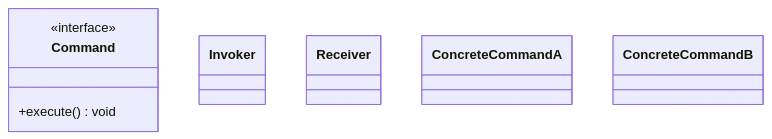
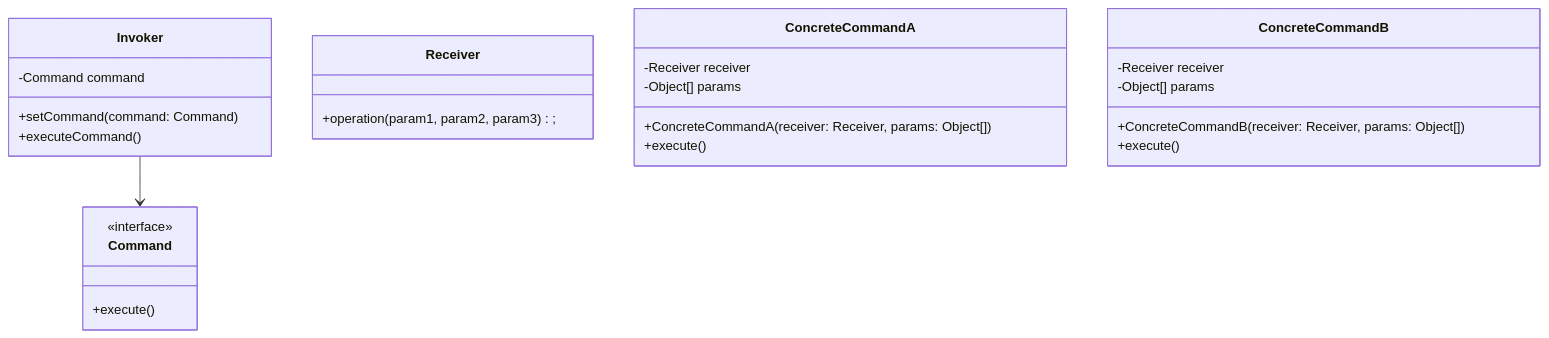
One commit to zhonghongfly/CodeGuide changed the diagram in content/posts/design-pattern/behavioral/design-pattern-behavioral-command/index.zh-cn.md. Above: the diagram before and after it, drawn with Mermaid.

Commit message:
命令模式

```diff
--- a/content/posts/design-pattern/behavioral/design-pattern-behavioral-command/index.zh-cn.md
+++ b/content/posts/design-pattern/behavioral/design-pattern-behavioral-command/index.zh-cn.md
@@ -24,23 +24,35 @@
 {{< mermaid >}}
 classDiagram
   class Command {
     <<interface>>
-    +execute() void
+    +execute()
   }
 
   class Invoker {
-
+    -Command command
+    +setCommand(command: Command)
+    +executeCommand()
   }
+  Invoker --> Command
 
   class Receiver {
-
+    +operation(param1, param2, param3);
   }
 
   class ConcreteCommandA {
-
+    -Receiver receiver
+    -Object[] params
+    +ConcreteCommandA(receiver: Receiver, params: Object[])
+    +execute()
   }
 
   class ConcreteCommandB {
+    -Receiver receiver
+    -Object[] params
+    +ConcreteCommandB(receiver: Receiver, params: Object[])
+    +execute()
+  }
 
-  }
+  Class Client
+  Client 
 {{< /mermaid >}}
```
